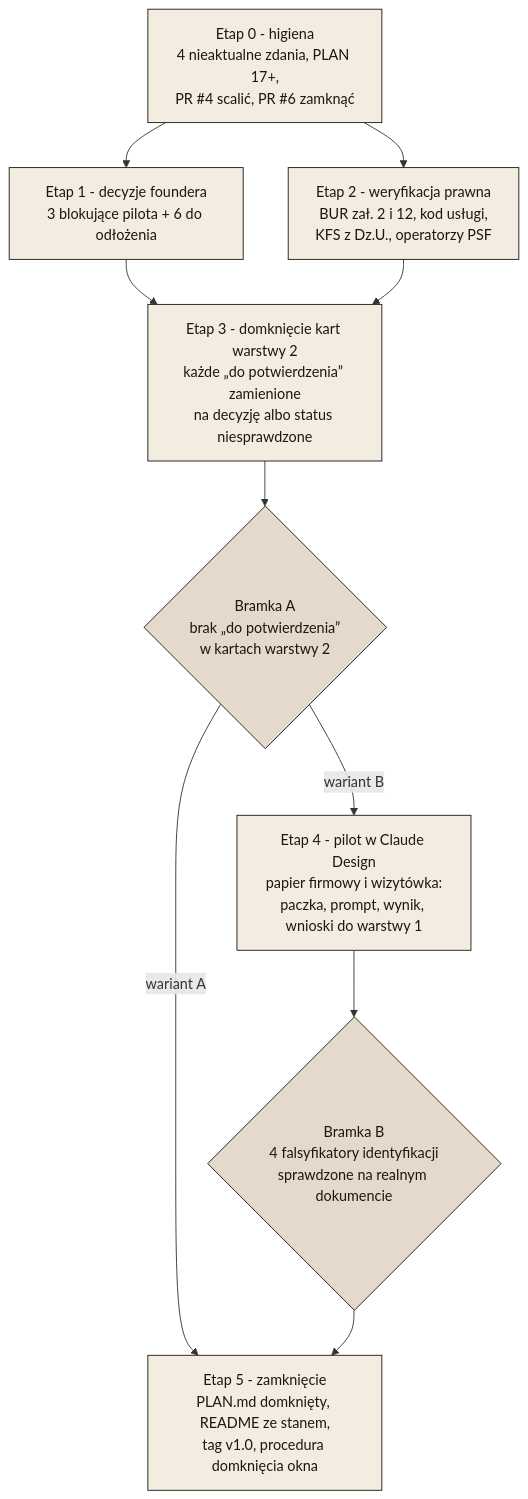
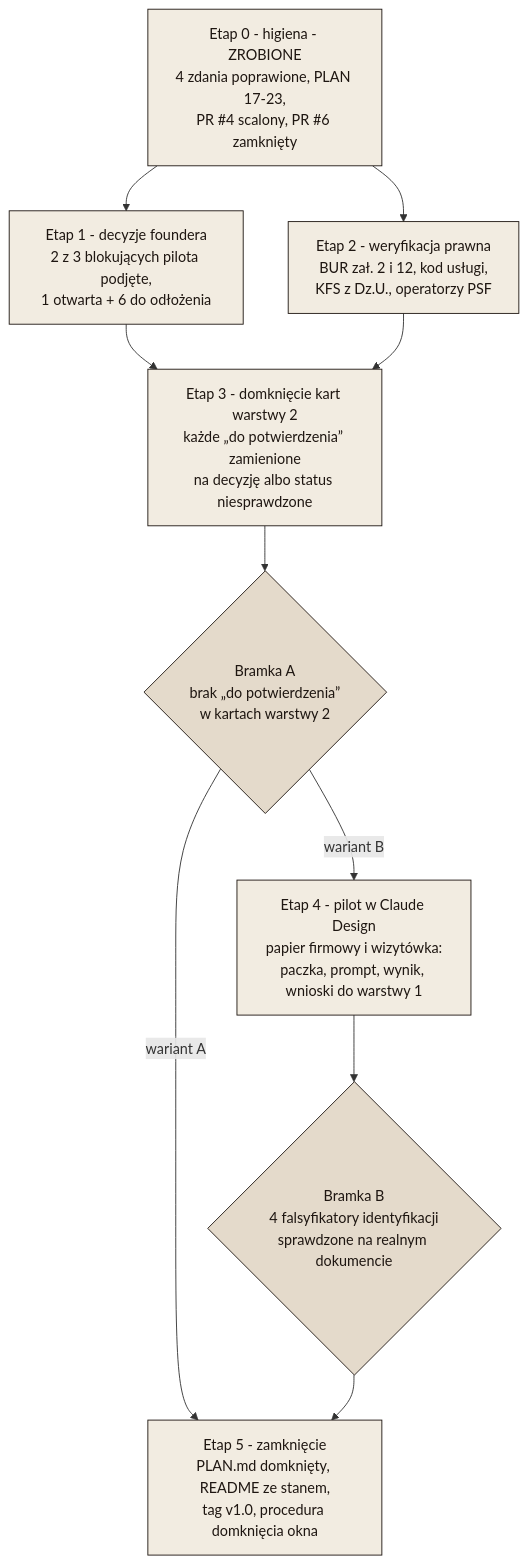
Before and after one commit to lukasz-znojek/irn-design-brandbook: the diagram in MAPA-DROGOWA.md, drawn with Mermaid. The commit also changed other lines of this file and 7 other files, not shown here.

First line of the commit message:
Etap 0 i decyzje foundera: higiena indeksów, dane firmy, zadania 17-23

````diff
--- a/MAPA-DROGOWA.md
+++ b/MAPA-DROGOWA.md
@@ -91,31 +91,31 @@
 ```mermaid
 flowchart TD
-    S0["Etap 0 - higiena<br/>4 nieaktualne zdania, PLAN 17+,<br/>PR #4 scalić, PR #6 zamknąć"]
-    S1["Etap 1 - decyzje foundera<br/>3 blokujące pilota + 6 do odłożenia"]
+    S0["Etap 0 - higiena - ZROBIONE<br/>4 zdania poprawione, PLAN 17-23,<br/>PR #4 scalony, PR #6 zamknięty"]
+    S1["Etap 1 - decyzje foundera<br/>2 z 3 blokujących pilota podjęte,<br/>1 otwarta + 6 do odłożenia"]
     S2["Etap 2 - weryfikacja prawna<br/>BUR zał. 2 i 12, kod usługi,<br/>KFS z Dz.U., operatorzy PSF"]
     S3["Etap 3 - domknięcie kart warstwy 2<br/>każde „do potwierdzenia” zamienione<br/>na decyzję albo status niesprawdzone"]
     S4["Etap 4 - pilot w Claude Design<br/>papier firmowy i wizytówka:<br/>paczka, prompt, wynik, wnioski do warstwy 1"]
     S5["Etap 5 - zamknięcie<br/>PLAN.md domknięty, README ze stanem,<br/>tag v1.0, procedura domknięcia okna"]
 
     G1{"Bramka A<br/>brak „do potwierdzenia”<br/>w kartach warstwy 2"}
     G2{"Bramka B<br/>4 falsyfikatory identyfikacji<br/>sprawdzone na realnym dokumencie"}
 
     S0 --> S1
     S0 --> S2
     S1 --> S3
     S2 --> S3
     S3 --> G1
     G1 -->|wariant A| S5
     G1 -->|wariant B| S4
     S4 --> G2
     G2 --> S5
 
     style S0 fill:#F2ECE1,stroke:#1E1611,color:#1E1611
     style S1 fill:#F2ECE1,stroke:#1E1611,color:#1E1611
     style S2 fill:#F2ECE1,stroke:#1E1611,color:#1E1611
     style S3 fill:#F2ECE1,stroke:#1E1611,color:#1E1611
     style S4 fill:#F2ECE1,stroke:#1E1611,color:#1E1611
     style S5 fill:#F2ECE1,stroke:#1E1611,color:#1E1611
     style G1 fill:#E4DACB,stroke:#1E1611,color:#1E1611
     style G2 fill:#E4DACB,stroke:#1E1611,color:#1E1611
 ```
````
